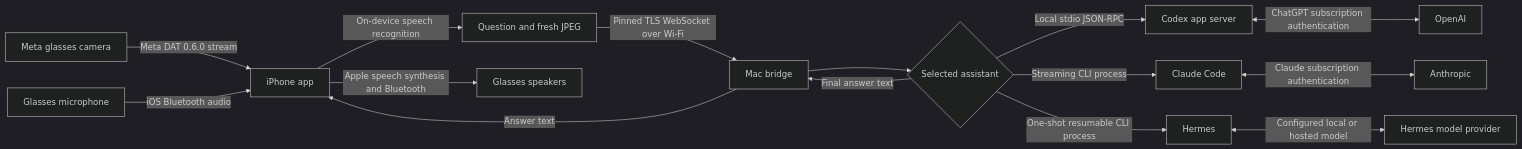
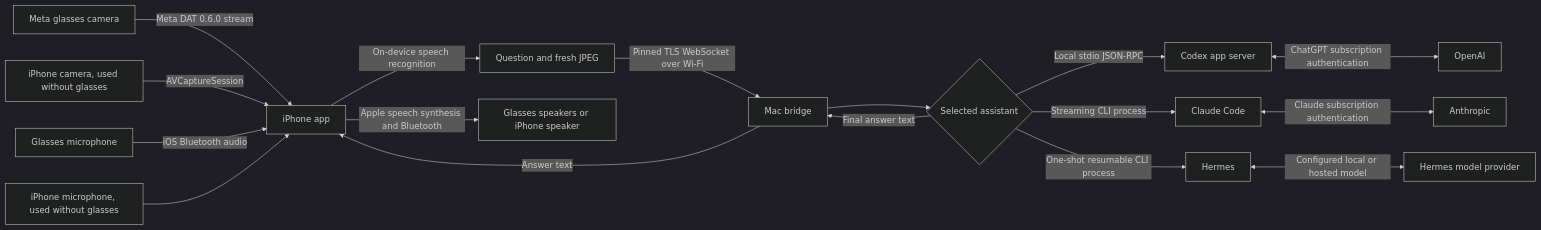
One commit to soothslayer/RayBridge changed the diagram in docs/architecture.md. Above: the diagram before and after it, drawn with Mermaid (dark theme). The commit also changed other lines of this file and 16 other files, not shown here.

````diff
--- a/docs/architecture.md
+++ b/docs/architecture.md
@@ -3,17 +3,19 @@
 ```mermaid
 flowchart LR
     G[Meta glasses camera] -->|Meta DAT 0.6.0 stream| I[iPhone app]
+    P[iPhone camera, used without glasses] -->|AVCaptureSession| I
     M[Glasses microphone] -->|iOS Bluetooth audio| I
+    N[iPhone microphone, used without glasses] --> I
     I -->|On-device speech recognition| Q[Question and fresh JPEG]
     Q -->|Pinned TLS WebSocket over Wi-Fi| B[Mac bridge]
     B --> A{Selected assistant}
     A -->|Local stdio JSON-RPC| C[Codex app server]
     A -->|Streaming CLI process| D[Claude Code]
     A -->|One-shot resumable CLI process| E[Hermes]
     C <-->|ChatGPT subscription authentication| O[OpenAI]
     D <-->|Claude subscription authentication| H[Anthropic]
     E <-->|Configured local or hosted model| L[Hermes model provider]
     A -->|Final answer text| B
     B -->|Answer text| I
-    I -->|Apple speech synthesis and Bluetooth| S[Glasses speakers]
+    I -->|Apple speech synthesis and Bluetooth| S[Glasses speakers or iPhone speaker]
 ```
````
